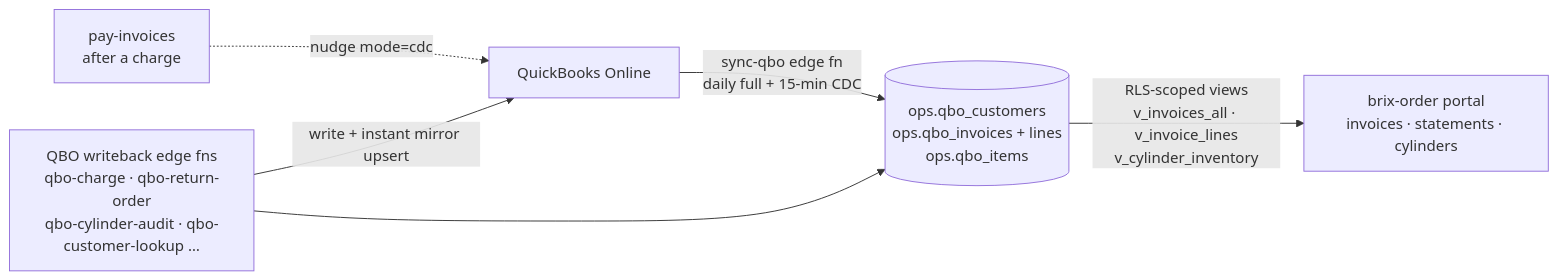
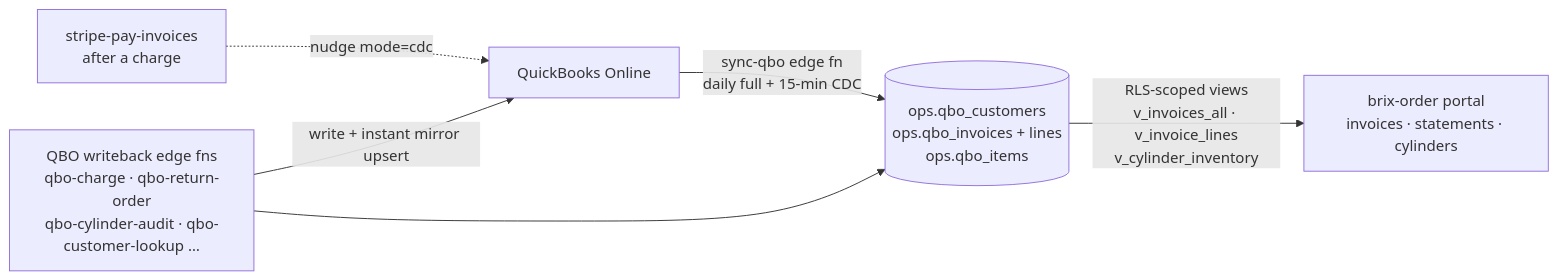
One commit to skypace/apbg-billing changed the second of 5 diagrams in docs/handbook/12-architecture-overview.md. Above: the diagram before and after it, drawn with Mermaid. The commit also changed other lines of this file and 4 other files, not shown here.

````diff
--- a/docs/handbook/12-architecture-overview.md
+++ b/docs/handbook/12-architecture-overview.md
@@ -65,8 +64,8 @@
 ```mermaid
 flowchart LR
   qbo[QuickBooks Online] -->|sync-qbo edge fn<br/>daily full + 15-min CDC| mirror[(ops.qbo_customers<br/>ops.qbo_invoices + lines<br/>ops.qbo_items)]
   mirror -->|"RLS-scoped views<br/>v_invoices_all · v_invoice_lines<br/>v_cylinder_inventory"| portal[brix-order portal<br/>invoices · statements · cylinders]
-  pay[pay-invoices<br/>after a charge] -.->|nudge mode=cdc| qbo
+  pay[stripe-pay-invoices<br/>after a charge] -.->|nudge mode=cdc| qbo
   edgewb[QBO writeback edge fns<br/>qbo-charge · qbo-return-order<br/>qbo-cylinder-audit · qbo-customer-lookup …] -->|write + instant mirror upsert| qbo
   edgewb --> mirror
 ```
````
